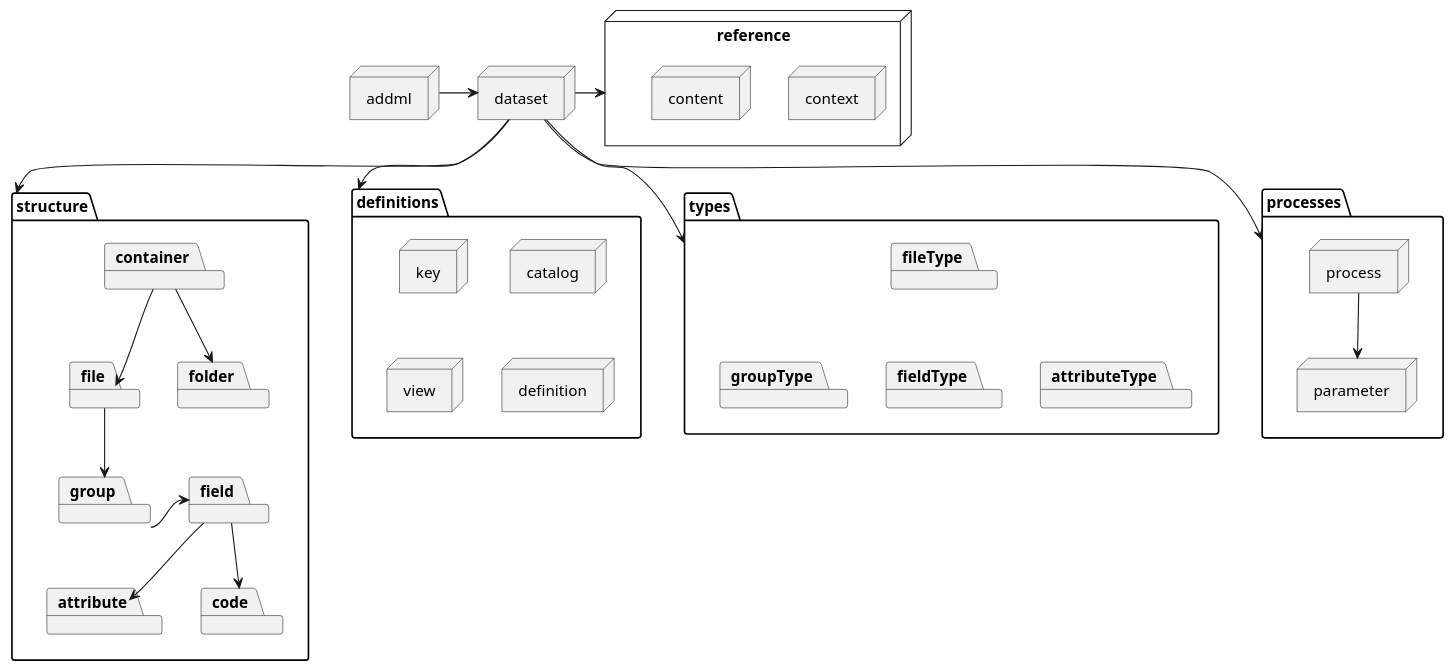
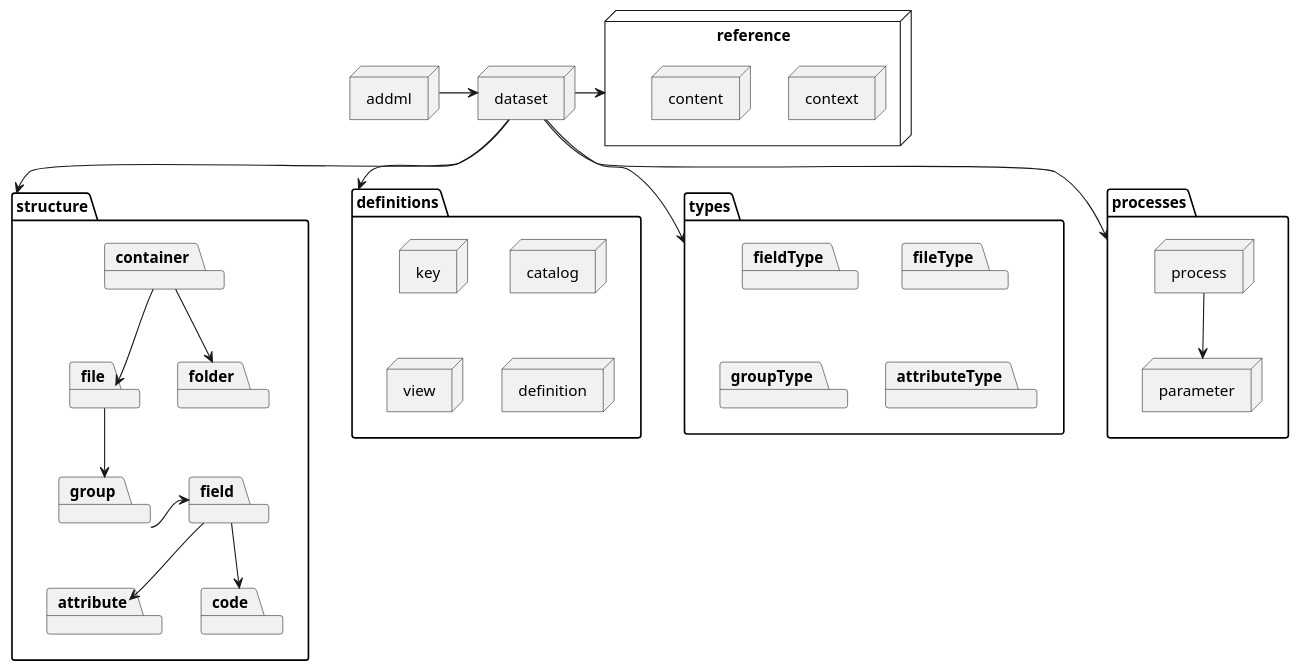
The diagram in usage/aspirations/umls/addml_v9.puml (joergen-vs/73027c42-c2cd-4c62-b1f4-2532c0eb8dab), drawn with PlantUML before and after one commit.

Commit message:
Update addml_v9.puml
Minor layout change

```diff
--- a/usage/aspirations/umls/addml_v9.puml
+++ b/usage/aspirations/umls/addml_v9.puml
@@ -1,66 +1,66 @@
 @startuml
 node addml
 
 node dataset
 addml -> dataset
 
 node reference {
     node content
     node context
     content -[hidden] context
 }
 
 dataset -> reference
 
 package structure {
     package container
     package file
     package folder
     package group
     package field
     package attribute
     package code
 }
 
 dataset --> structure
 container --> folder
 container --> file
 file --> group
 group -> field
 field --> attribute
 field --> code
 
 package definitions{
     node catalog
     node definition
     node key
     node "view"
 }
 
 catalog -[hidden]- definition
 key-[hidden]- view
 
 dataset --> definitions
 
 package types {
     package fileType
     package groupType
     package fieldType
     package attributeType
 
     fileType -[hidden]- groupType
-    fileType -[hidden]- fieldType
     fileType -[hidden]- attributeType
+    
 }
 
 dataset --> types
 
 package processes {
 node process
 node parameter
 }
 
 process --> parameter
 
 dataset --> processes
 @enduml
```
